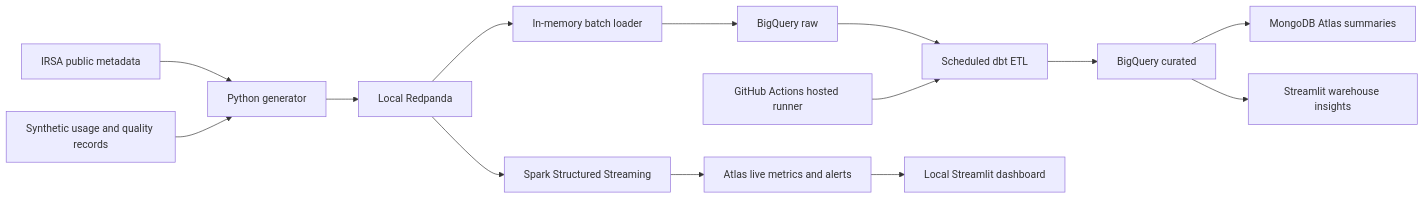
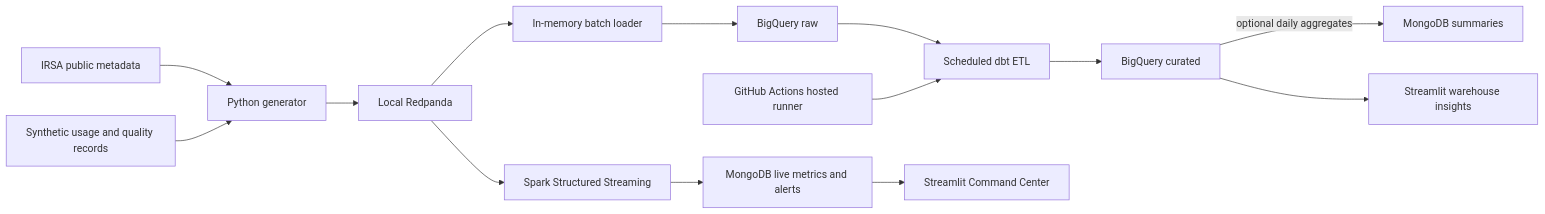
The diagram in docs/PIPELINE_README.md (chaithanyabs441-ux/cosmic-eye-telemetry-pipeline), drawn with Mermaid before and after one commit. The commit also changed other lines of this file and 29 other files, not shown here.

````diff
--- a/docs/PIPELINE_README.md
+++ b/docs/PIPELINE_README.md
@@ -84,16 +88,16 @@
 ```mermaid
 flowchart LR
   IRSA[IRSA public metadata] --> GEN[Python generator]
   SYN[Synthetic usage and quality records] --> GEN
   GEN --> BUS[Local Redpanda]
   BUS --> LOAD[In-memory batch loader]
   LOAD --> RAW[BigQuery raw]
   RAW --> DBT[Scheduled dbt ETL]
   DBT --> CUR[BigQuery curated]
-  CUR --> MONGO[MongoDB Atlas summaries]
+  CUR -->|optional daily aggregates| MONGO_BATCH[MongoDB summaries]
   BUS --> SPARK[Spark Structured Streaming]
-  SPARK --> LIVE[Atlas live metrics and alerts]
-  LIVE --> DASH[Local Streamlit dashboard]
+  SPARK --> LIVE[MongoDB live metrics and alerts]
+  LIVE --> DASH[Streamlit Command Center]
   CUR --> INSIGHTS[Streamlit warehouse insights]
   GH[GitHub Actions hosted runner] --> DBT
 ```
````
